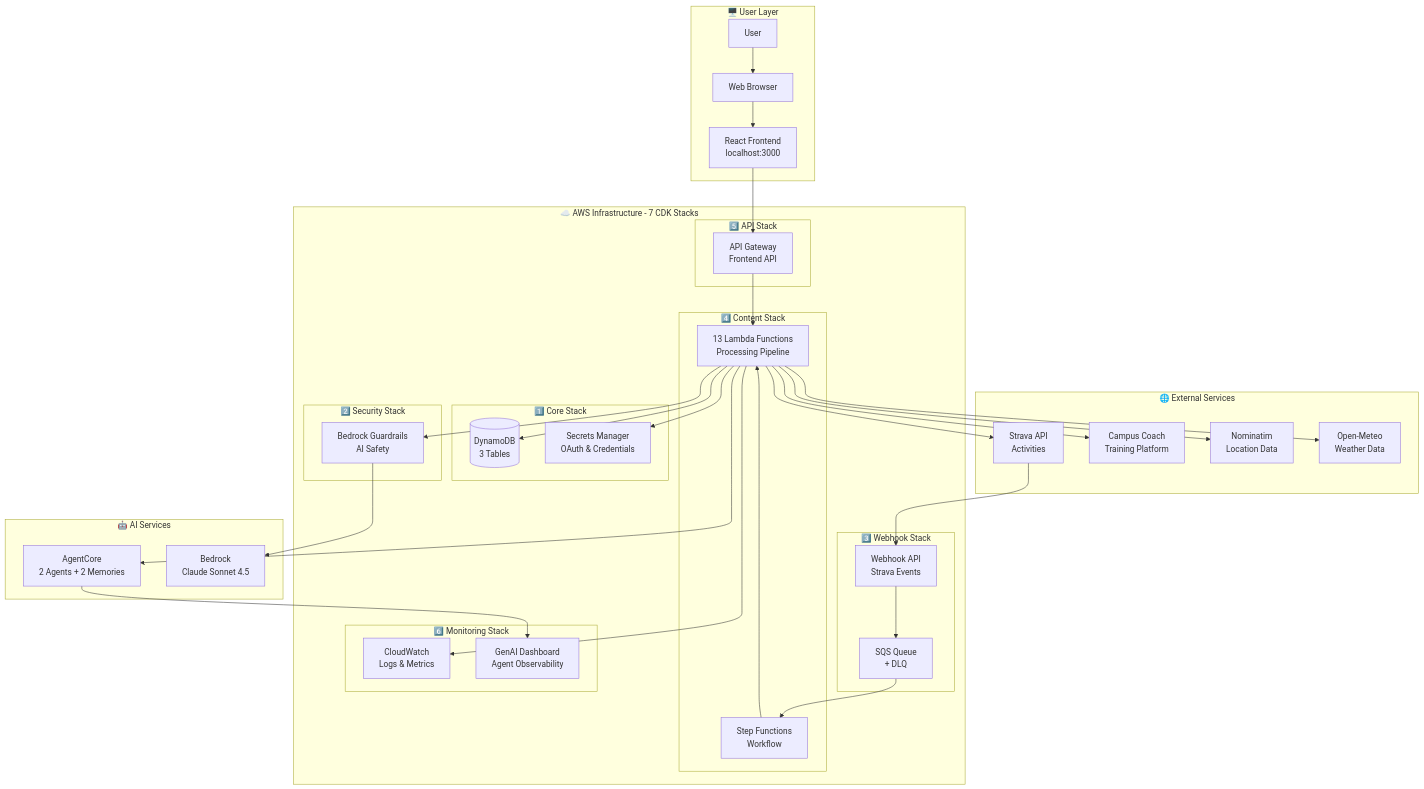
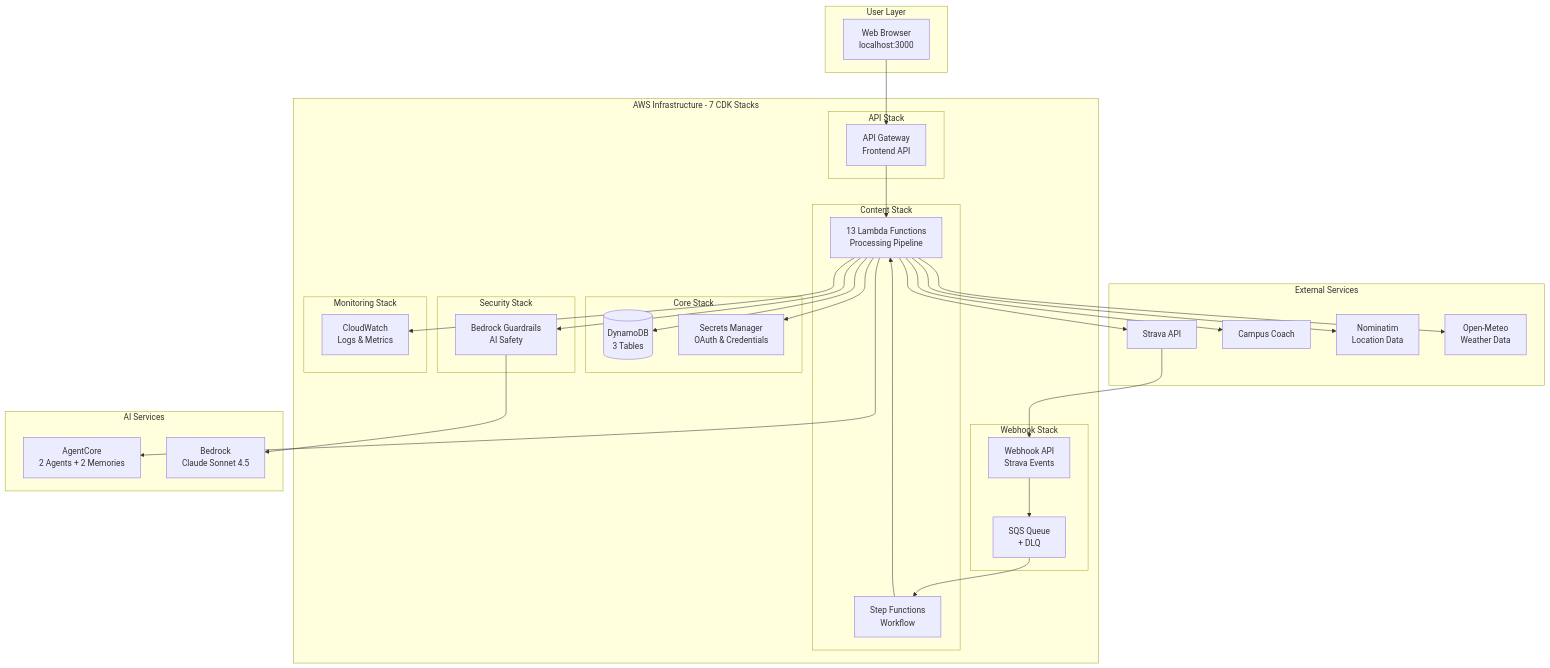
Before and after one commit to el-pedrito/strava-ai-boost: the first of 2 diagrams in README.md, drawn with Mermaid. The commit also changed other lines of this file and 9 other files, not shown here.

First line of the commit message:
docs: consolidate 9 doc files into README.md, add architecture diagram

````diff
--- a/README.md
+++ b/README.md
@@ -195,73 +164,67 @@
 ```mermaid
 graph TB
-    subgraph "🖥️ User Layer"
-        User[User]
-        Browser[Web Browser]
-        LocalUI[React Frontend<br/>localhost:3000]
+    subgraph "User Layer"
+        Browser[Web Browser<br/>localhost:3000]
     end
-    
-    subgraph "☁️ AWS Infrastructure - 7 CDK Stacks"
-        subgraph "1️⃣ Core Stack"
+
+    subgraph "AWS Infrastructure - 7 CDK Stacks"
+        subgraph "Core Stack"
             DDB[(DynamoDB<br/>3 Tables)]
             Secrets[Secrets Manager<br/>OAuth & Credentials]
         end
-        
-        subgraph "2️⃣ Security Stack"
+
+        subgraph "Security Stack"
             Guardrails[Bedrock Guardrails<br/>AI Safety]
         end
-        
-        subgraph "3️⃣ Webhook Stack"
+
+        subgraph "Webhook Stack"
             WebhookAPI[Webhook API<br/>Strava Events]
             SQS[SQS Queue<br/>+ DLQ]
         end
-        
-        subgraph "4️⃣ Content Stack"
+
+        subgraph "Content Stack"
             SF[Step Functions<br/>Workflow]
             Lambda13[13 Lambda Functions<br/>Processing Pipeline]
         end
-        
-        subgraph "5️⃣ API Stack"
+
+        subgraph "API Stack"
             APIGW[API Gateway<br/>Frontend API]
         end
-        
-        subgraph "6️⃣ Monitoring Stack"
+
+        subgraph "Monitoring Stack"
             CW[CloudWatch<br/>Logs & Metrics]
-            GenAI[GenAI Dashboard<br/>Agent Observability]
         end
     end
-    
-    subgraph "🤖 AI Services"
+
+    subgraph "AI Services"
         AgentCore[AgentCore<br/>2 Agents + 2 Memories]
         Bedrock[Bedrock<br/>Claude Sonnet 4.5]
     end
-    
-    subgraph "🌐 External Services"
-        Strava[Strava API<br/>Activities]
-        Campus[Campus Coach<br/>Training Platform]
+
+    subgraph "External Services"
+        Strava[Strava API]
+        Campus[Campus Coach]
         Nominatim[Nominatim<br/>Location Data]
         OpenMeteo[Open-Meteo<br/>Weather Data]
     end
-    
-    User --> Browser
-    Browser --> LocalUI
-    LocalUI --> APIGW
+
+    Browser --> APIGW
     APIGW --> Lambda13
     Lambda13 --> DDB
     Lambda13 --> Secrets
-    
+
     Strava --> WebhookAPI
     WebhookAPI --> SQS
     SQS --> SF
     SF --> Lambda13
-    
+
     Lambda13 --> Guardrails
     Guardrails --> Bedrock
     Lambda13 --> AgentCore
     Lambda13 --> Strava
     Lambda13 --> Campus
     Lambda13 --> Nominatim
     Lambda13 --> OpenMeteo
-    
-    AgentCore --> GenAI
+
     Lambda13 --> CW
 ```
````
